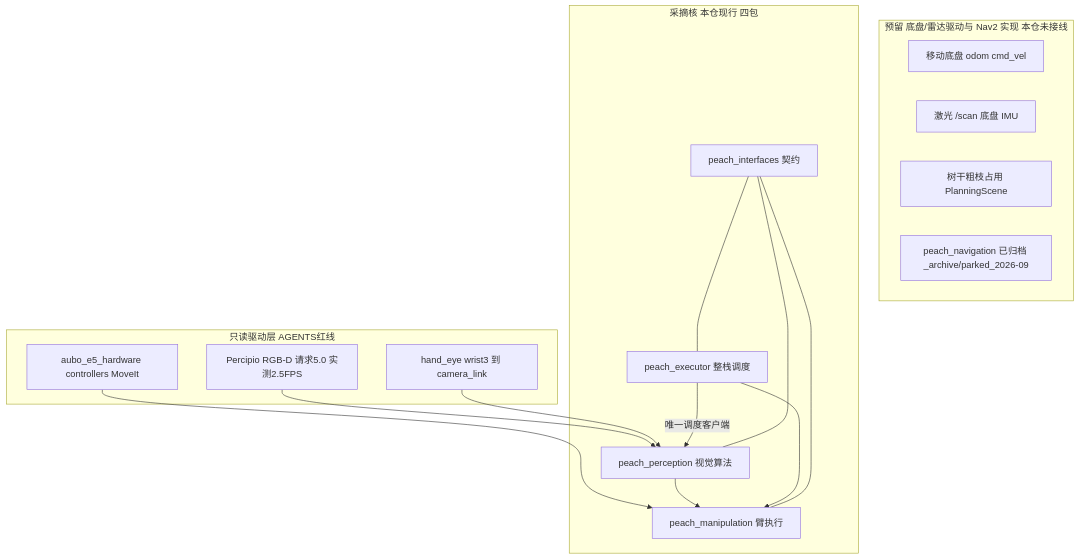
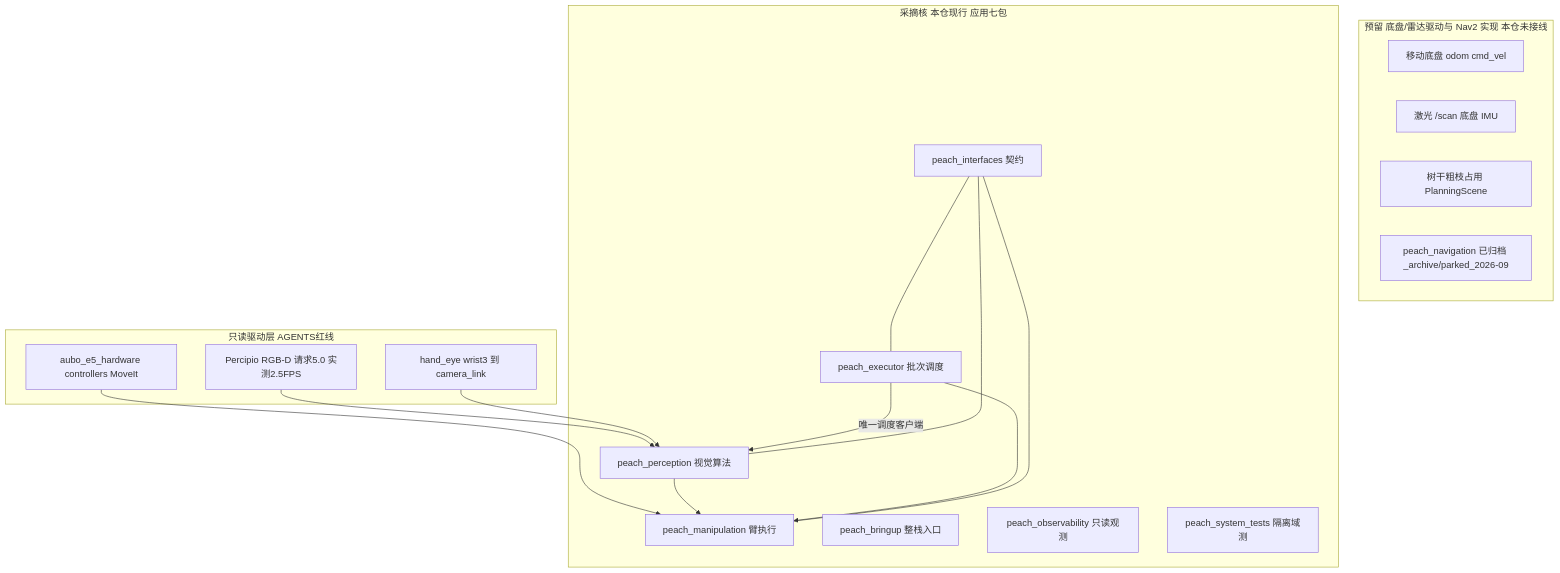
Before and after one commit to MUHAN11-c/aubo_boot: the fourth of 15 diagrams in docs/architecture.md, drawn with Mermaid. The commit also changed other lines of this file and 163 other files, not shown here.

````diff
--- a/docs/architecture.md
+++ b/docs/architecture.md
@@ -173,29 +173,32 @@
 ```mermaid
 flowchart TB
   subgraph reserved ["预留 底盘/雷达驱动与 Nav2 实现 本仓未接线"]
     chassis["移动底盘 odom cmd_vel"]
     lidar["激光 /scan 底盘 IMU"]
     occ["树干粗枝占用 PlanningScene"]
     navpark["peach_navigation 已归档 _archive/parked_2026-09"]
   end
-  subgraph core ["采摘核 本仓现行 四包"]
+  subgraph core ["采摘核 本仓现行 应用七包"]
     iface["peach_interfaces 契约"]
     perc["peach_perception 视觉算法"]
     skills["peach_manipulation 臂执行"]
-    exe["peach_executor 整栈调度"]
+    exe["peach_executor 批次调度"]
+    bringup["peach_bringup 整栈入口"]
+    obs["peach_observability 只读观测"]
+    systest["peach_system_tests 隔离域测"]
   end
   subgraph hw ["只读驱动层 AGENTS红线"]
     cam["Percipio RGB-D 请求5.0 实测2.5FPS"]
     arm["aubo_e5_hardware controllers MoveIt"]
     eye["hand_eye wrist3 到 camera_link"]
   end
   cam --> perc
   eye --> perc
   arm --> skills
   perc --> skills
   exe -->|"唯一调度客户端"| perc
   exe --> skills
   iface --- perc
   iface --- skills
   iface --- exe
 ```
````
